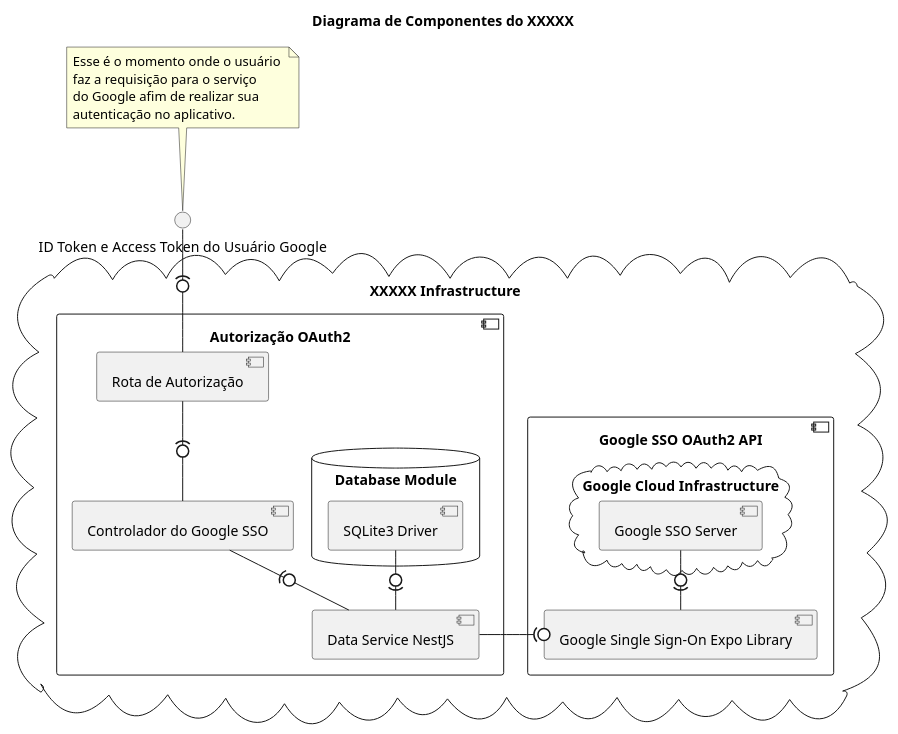
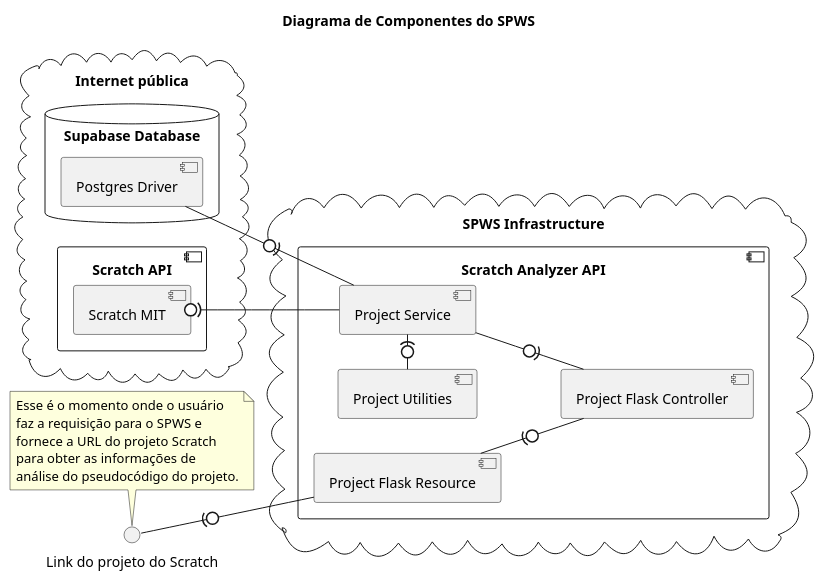
The diagram in pages/C1. Visão Geral/C2. Sistema/C3. Algoritmo e Solução/C4. Visão de Implementação/[PUML] Componentes.puml (MurylloEx/ml-scratch-webcrawler-docs), drawn with PlantUML before and after one commit.

Commit message:
docs: created component diagram

```diff
--- a/pages/C1. Visão Geral/C2. Sistema/C3. Algoritmo e Solução/C4. Visão de Implementação/[PUML] Componentes.puml
+++ b/pages/C1. Visão Geral/C2. Sistema/C3. Algoritmo e Solução/C4. Visão de Implementação/[PUML] Componentes.puml
@@ -1,40 +1,48 @@
 @startuml "Component Diagram"
 
-title "Diagrama de Componentes do XXXXX"
+title "Diagrama de Componentes do SPWS"
 
-interface "ID Token e Access Token do Usuário Google" AS INTERF_GOOGLE_TOKEN
+left to right direction
 
-cloud "XXXXX Infrastructure" as CLOUD_01 {
+interface "Link do projeto do Scratch" AS INTERFACE_SCRATCH_PROJECT_LINK
 
-  component "Google SSO OAuth2 API" as COMP_OAUTH2_API {
-    cloud "Google Cloud Infrastructure" {
-      component "Google SSO Server" as COMP_GOOGLE_SSO_SERVER
-    }
-    component "Google Single Sign-On Expo Library" as COMP_GOOGLE_SSO_EXPO
-    COMP_GOOGLE_SSO_SERVER -0)- COMP_GOOGLE_SSO_EXPO
+cloud "Internet pública" as CLOUD_01 {
+
+  database "Supabase Database" as COMP_DATABASE {
+    component "Postgres Driver" as COMP_DATABASE_DRIVER
   }
 
-  component "Autorização OAuth2" as COMP_OAUTH2_AUTHORIZATION {
-    component "Rota de Autorização" as COMP_OAUTH2_ROUTE
-    component "Controlador do Google SSO" as COMP_SSO_CONTROLLER
-    component "Data Service NestJS" as COMP_OAUTH2_DATA_SERVICE
-    database "Database Module" as COMP_OAUTH2_DATABASE {
-      component "SQLite3 Driver" as COMP_OAUTH2_DATABASE_DRIVER
-    }
-    INTERF_GOOGLE_TOKEN -(0- COMP_OAUTH2_ROUTE
-    COMP_OAUTH2_ROUTE -(0- COMP_SSO_CONTROLLER
-    COMP_SSO_CONTROLLER -down(0- COMP_OAUTH2_DATA_SERVICE
-    COMP_OAUTH2_DATABASE_DRIVER -0)- COMP_OAUTH2_DATA_SERVICE
-    COMP_GOOGLE_SSO_EXPO 0)- COMP_OAUTH2_DATA_SERVICE
+  component "Scratch API" as COMP_SCRATCH_API {
+    component "Scratch MIT" as COMP_SCRATCH_SERVER
   }
 
 }
 
-note top of INTERF_GOOGLE_TOKEN
+cloud "SPWS Infrastructure" as CLOUD_02 {
+
+  component "Scratch Analyzer API" as COMP_OAUTH2_AUTHORIZATION {
+    component "Project Flask Resource" as COMP_PROJECT_FLASK_RESOURCE
+    component "Project Flask Controller" as COMP_PROJECT_FLASK_CONTROLLER
+    component "Project Service" as COMP_PROJECT_SERVICE
+    component "Project Utilities" as COMP_PROJECT_UTILITIES
+
+    INTERFACE_SCRATCH_PROJECT_LINK -(0- COMP_PROJECT_FLASK_RESOURCE
+    COMP_PROJECT_FLASK_RESOURCE -(0- COMP_PROJECT_FLASK_CONTROLLER
+    COMP_PROJECT_FLASK_CONTROLLER -up(0- COMP_PROJECT_SERVICE
+    
+    COMP_PROJECT_SERVICE -up(0- COMP_DATABASE_DRIVER
+    COMP_PROJECT_SERVICE -left(0- COMP_PROJECT_UTILITIES
+    COMP_PROJECT_SERVICE -(0 COMP_SCRATCH_SERVER
+  }
+
+}
+
+note top of INTERFACE_SCRATCH_PROJECT_LINK
   Esse é o momento onde o usuário 
-  faz a requisição para o serviço 
-  do Google afim de realizar sua 
-  autenticação no aplicativo.
+  faz a requisição para o SPWS e
+  fornece a URL do projeto Scratch
+  para obter as informações de
+  análise do pseudocódigo do projeto.
 end note
 
 @enduml
```
